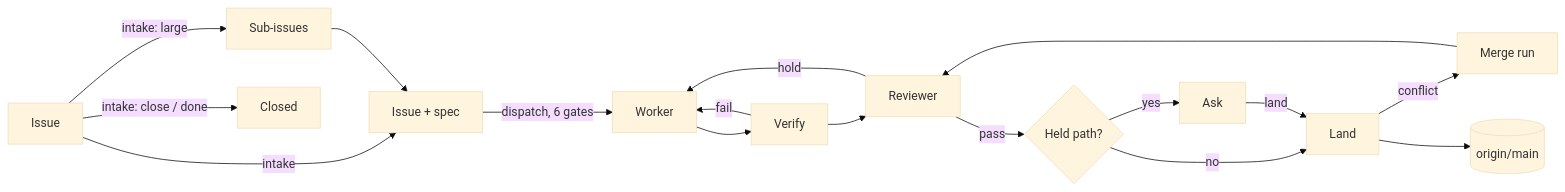
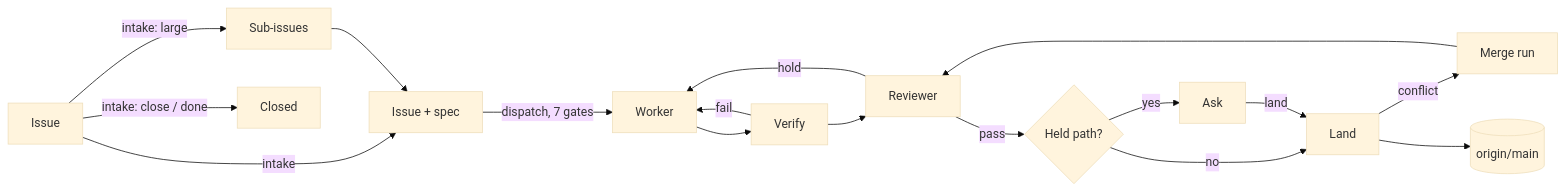
The diagram in docs/workflow.md (crsmithdev/aleph), drawn with Mermaid (base theme) before and after one commit. The commit also changed other lines of this file, not shown here.

First line of the commit message:
say 7 gates and add the Backend row

````diff
--- a/docs/workflow.md
+++ b/docs/workflow.md
@@ -7,17 +7,17 @@
 ```mermaid
 flowchart LR
   I[Issue] -->|intake| G[Issue + spec]
   I -->|intake: large| P[Sub-issues] --> G
   I -->|intake: close / done| X[Closed]
-  G -->|dispatch, 6 gates| W[Worker]
+  G -->|dispatch, 7 gates| W[Worker]
   W --> V[Verify]
   V -->|fail| W
   V --> R[Reviewer]
   R -->|hold| W
   R -->|pass| H{Held path?}
   H -->|yes| A[Ask]
   H -->|no| L[Land]
   A -->|land| L
   L -->|conflict| M[Merge run] --> R
   L --> Main[(origin/main)]
 ```
````
